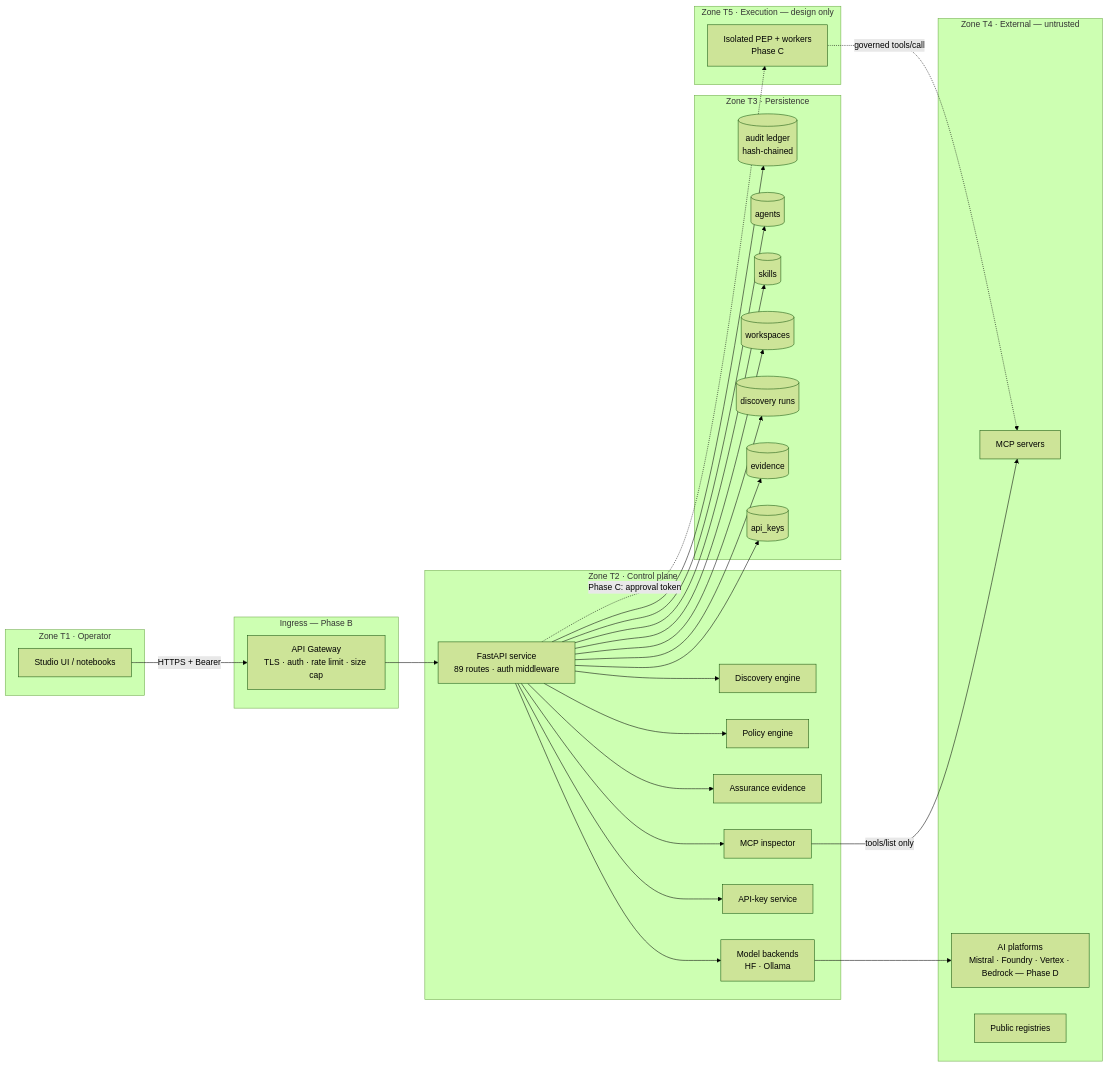
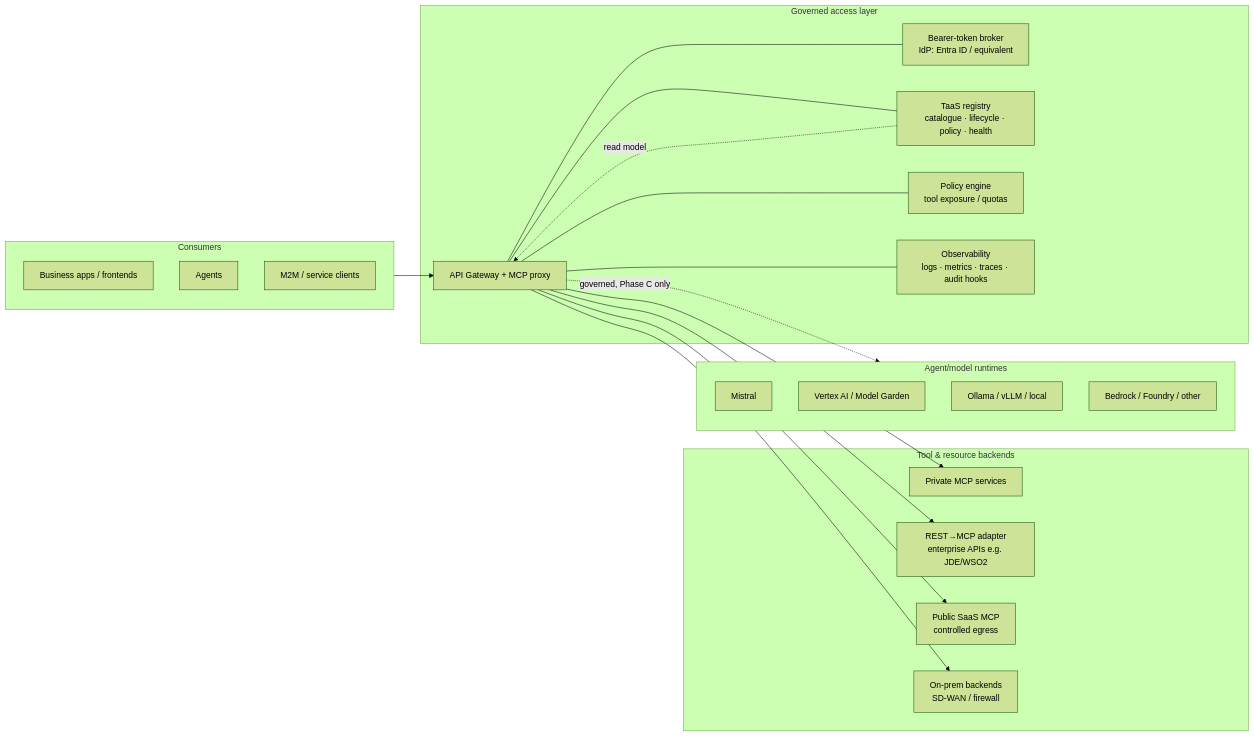
Before and after one commit to msellamiTN/taas-provenance-discovery: the first of 3 diagrams in docs/enterprise/LAD.md, drawn with Mermaid (forest theme). The commit also changed other lines of this file and 5 other files, not shown here.

First line of the commit message:
docs(enterprise): realign SoW/LAD/PAD to professional template; add per-environment gateway strategy

````diff
--- a/docs/enterprise/LAD.md
+++ b/docs/enterprise/LAD.md
@@ -8,45 +52,42 @@
 ```mermaid
 flowchart LR
-    subgraph T1[Zone T1 · Operator]
-        UI[Studio UI / notebooks]
-    end
-    subgraph GW[Ingress — Phase B]
-        APIGW[API Gateway<br/>TLS · auth · rate limit · size cap]
-    end
-    subgraph T2[Zone T2 · Control plane]
-        API[FastAPI service<br/>89 routes · auth middleware]
-        ENG[Discovery engine]
-        POL[Policy engine]
-        EVD[Assurance evidence]
-        MCPi[MCP inspector]
-        KEYS[API-key service]
-        MOD[Model backends<br/>HF · Ollama]
-    end
-    subgraph T3[Zone T3 · Persistence]
-        AUD[(audit ledger<br/>hash-chained)]
-        AGT[(agents)]
-        SKL[(skills)]
-        WKS[(workspaces)]
-        RUN[(discovery runs)]
-        EVDdb[(evidence)]
-        AKdb[(api_keys)]
-    end
-    subgraph T4[Zone T4 · External — untrusted]
-        MCP[MCP servers]
-        AIP[AI platforms<br/>Mistral · Foundry · Vertex · Bedrock — Phase D]
-        REG[Public registries]
-    end
-    subgraph T5[Zone T5 · Execution — design only]
-        PEP[Isolated PEP + workers<br/>Phase C]
+    subgraph Consumers[Consumers]
+      UA[Business apps / frontends]
+      AG[Agents]
+      M2M[M2M / service clients]
     end
 
-    UI -->|HTTPS + Bearer| APIGW
-    APIGW --> API
-    API --> AUD
-    API --> AGT & SKL & WKS & RUN & EVDdb & AKdb
-    API --> ENG & POL & EVD & MCPi & KEYS & MOD
-    MCPi -->|tools/list only| MCP
-    MOD --> AIP
-    API -.->|Phase C: approval token| PEP
-    PEP -.->|governed tools/call| MCP
+    subgraph Gov[Governed access layer]
+      GW[API Gateway + MCP proxy]
+      TB[Bearer-token broker<br/>IdP: Entra ID / equivalent]
+      REG[TaaS registry<br/>catalogue · lifecycle · policy · health]
+      POL[Policy engine<br/>tool exposure / quotas]
+      OBS[Observability<br/>logs · metrics · traces · audit hooks]
+      GW --- TB
+      GW --- REG
+      GW --- POL
+      GW --- OBS
+    end
+
+    subgraph Runtimes[Agent/model runtimes]
+      MIST[Mistral]
+      VTX[Vertex AI / Model Garden]
+      LOCAL[Ollama / vLLM / local]
+      BEDROCK[Bedrock / Foundry / other]
+    end
+
+    subgraph Resources[Tool & resource backends]
+      MCPP[Private MCP services]
+      REST[REST→MCP adapter<br/>enterprise APIs e.g. JDE/WSO2]
+      SAAS[Public SaaS MCP<br/>controlled egress]
+      ONPREM[On-prem backends<br/>SD-WAN / firewall]
+    end
+
+    Consumers --> GW
+    GW --> MCPP
+    GW --> REST
+    GW --> SAAS
+    GW --> ONPREM
+    GW -. governed, Phase C only .-> Runtimes
+    REG -. read model .-> GW
 ```
````
